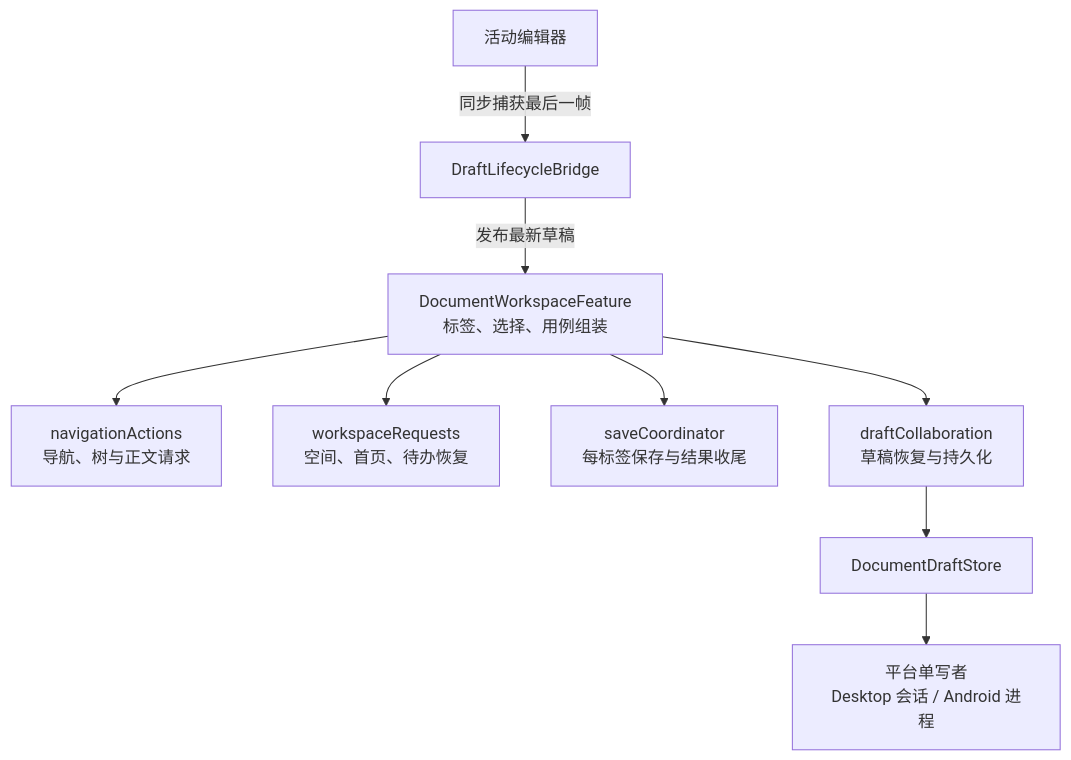
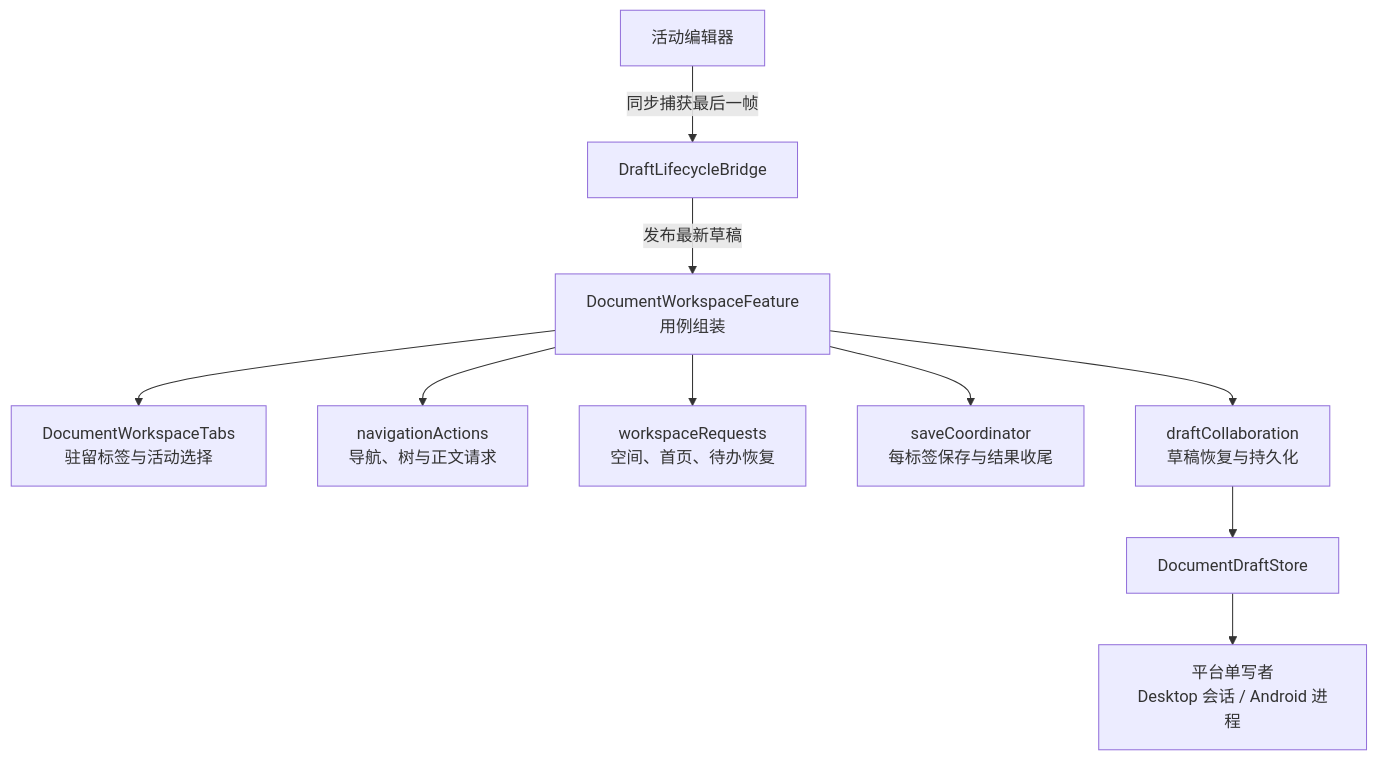
Before and after one commit to virjar/team-talk: the fifth of 8 diagrams in doc/03-architecture/client-and-sdk.md, drawn with Mermaid. The commit also changed other lines of this file and 7 other files, not shown here.

Commit message:
docs(architecture): describe refactored state and resource ownership

````diff
--- a/doc/03-architecture/client-and-sdk.md
+++ b/doc/03-architecture/client-and-sdk.md
@@ -124,11 +124,12 @@
 ```mermaid
 flowchart TB
-    F["DocumentWorkspaceFeature<br/>标签、选择、用例组装"] --> N["navigationActions<br/>导航、树与正文请求"]
+    F["DocumentWorkspaceFeature<br/>用例组装"] --> Tabs["DocumentWorkspaceTabs<br/>驻留标签与活动选择"]
+    F --> N["navigationActions<br/>导航、树与正文请求"]
     F --> W["workspaceRequests<br/>空间、首页、待办恢复"]
     F --> S["saveCoordinator<br/>每标签保存与结果收尾"]
     F --> D["draftCollaboration<br/>草稿恢复与持久化"]
     Editor[活动编辑器] -->|同步捕获最后一帧| Bridge[DraftLifecycleBridge]
     Bridge -->|发布最新草稿| F
     D --> Store[DocumentDraftStore]
     Store --> Writer["平台单写者<br/>Desktop 会话 / Android 进程"]
 ```
````
